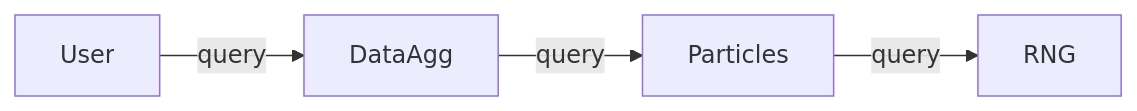
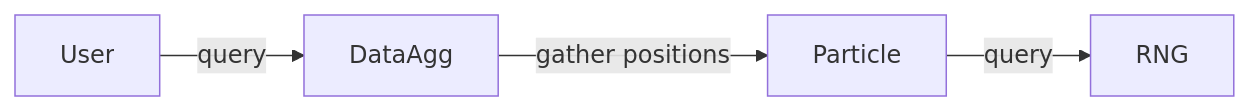
The first of 5 diagrams in README.md (willirath/2022_reproducible_distributed_scientific_computing), drawn with Mermaid before and after one commit. The commit also changed other lines of this file and 14 other files, not shown here.

First line of the commit message:
Update architecture (#1)

````diff
--- a/README.md
+++ b/README.md
@@ -12,6 +12,6 @@
 ```mermaid
 graph LR;
-    Particles -->|query| RNG;
-    DataAgg -->|query| Particles;
+    Particle -->|query| RNG;
+    DataAgg -->|gather positions| Particle;
     User -->|query| DataAgg;
 ```
````
